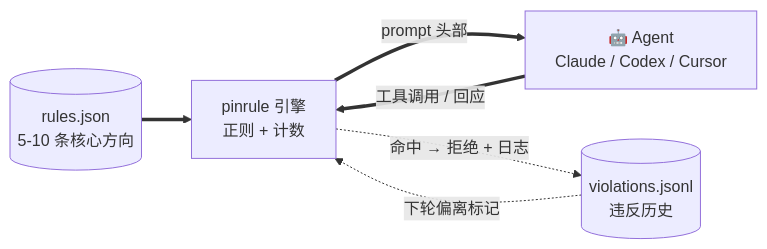
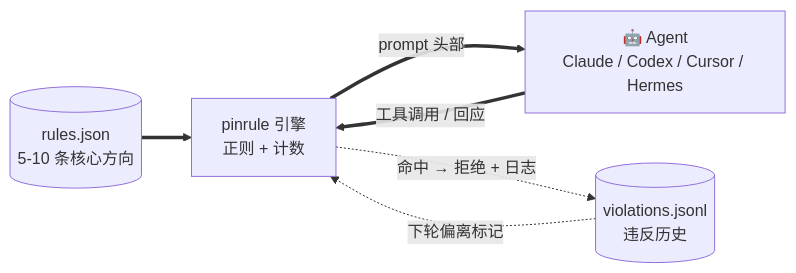
Before and after one commit to jhaizhou-ops/pinrule: the diagram in README.zh.md, drawn with Mermaid. The commit also changed other lines of this file and 12 other files, not shown here.

First line of the commit message:
docs: Hermes Agent backend 真全文档对齐扫尾

````diff
--- a/README.zh.md
+++ b/README.zh.md
@@ -68,13 +68,13 @@
 ```mermaid
 flowchart LR
     R[(rules.json<br/>5-10 条核心方向)]
     K[pinrule 引擎<br/>正则 + 计数]
-    A[🤖 Agent<br/>Claude / Codex / Cursor]
+    A[🤖 Agent<br/>Claude / Codex / Cursor / Hermes]
     V[(violations.jsonl<br/>违反历史)]
 
     R ==> K
     K ==>|prompt 头部| A
     A ==>|工具调用 / 回应| K
     K -.->|命中 → 拒绝 + 日志| V
     V -.->|下轮偏离标记| K
 ```
````
